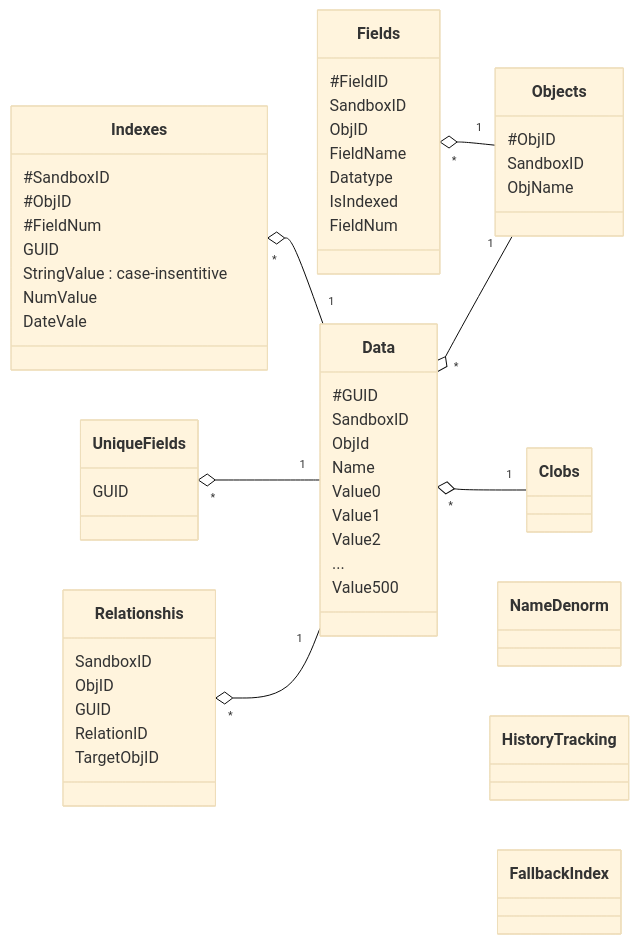
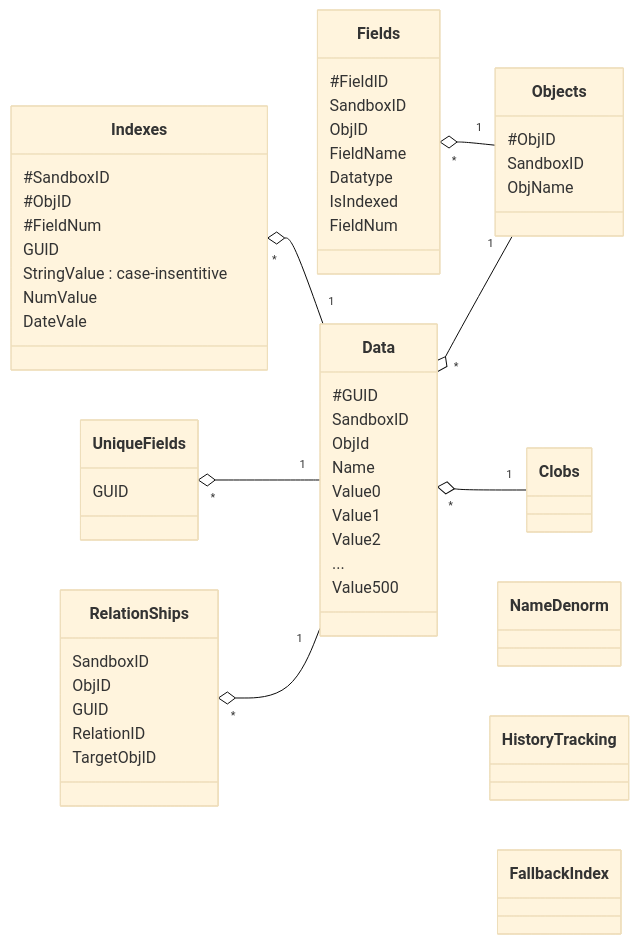
One commit to malexple/object-entity-service changed the diagram in README.md. Above: the diagram before and after it, drawn with Mermaid (base theme). The commit also changed other lines of this file and 7 other files, not shown here.

````diff
--- a/README.md
+++ b/README.md
@@ -3,67 +11,67 @@
 ```mermaid
 classDiagram
   direction RL
   class Objects {
     #ObjID
     SandboxID
     ObjName
     
   }
   class Fields{
 	#FieldID
 	SandboxID
 	ObjID
 	FieldName
 	Datatype
 	IsIndexed
 	FieldNum
   }
   class Data{
     #GUID
     SandboxID
     ObjId
     Name
     Value0
     Value1
     Value2
     ...
     Value500
   }
   class Clobs {
   
   }
   class Indexes {
   	#SandboxID
   	#ObjID
   	#FieldNum
   	GUID
   	StringValue : case-insentitive
   	NumValue
   	DateVale
   }
   class UniqueFields {
   	GUID
   }
-  class Relationshis {
+  class RelationShips {
   	SandboxID
   	ObjID
   	GUID
   	RelationID
   	TargetObjID
   }
   class NameDenorm {
   	
   }
   class HistoryTracking {
   
   }
   class FallbackIndex {
   
   }
   Objects "1" --o "*" Fields : 
   Objects "1" --o "*" Data : 
   Clobs "1" --o "*" Data : 
   Data "1" --o "*" Indexes : 
   Data "1" --o "*" UniqueFields
-  Data "1" --o "*" Relationshis
+  Data "1" --o "*" RelationShips
 ```
````
